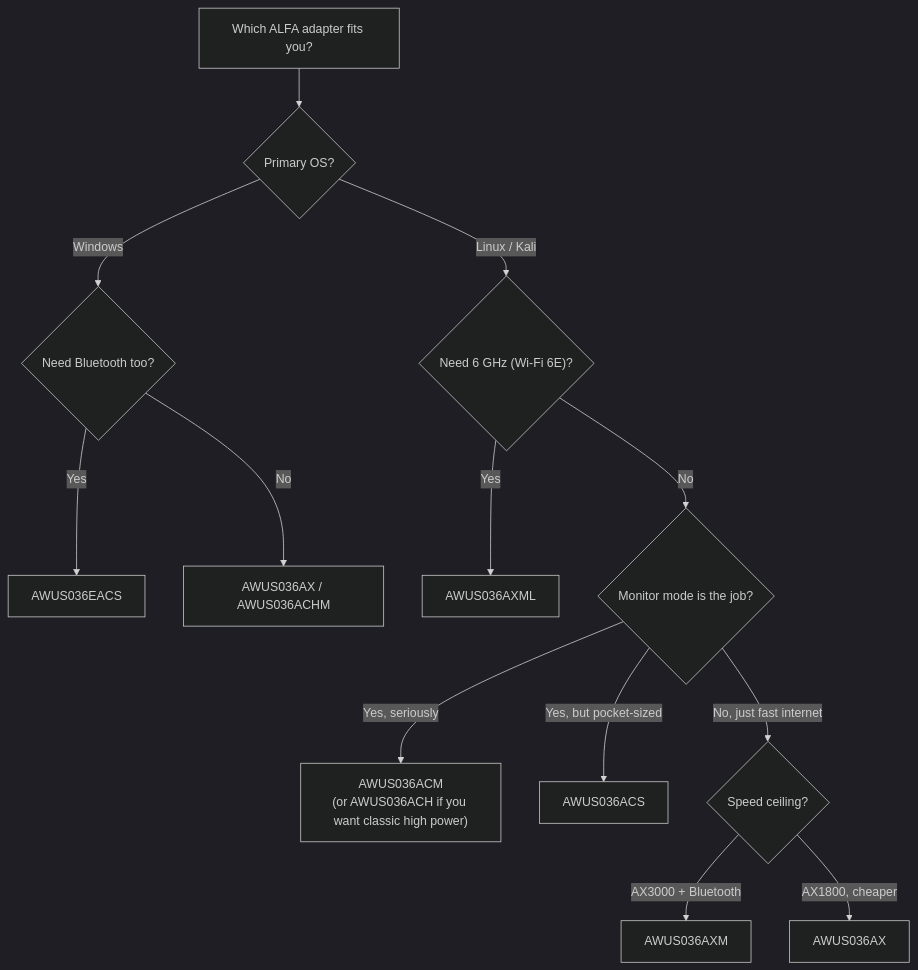
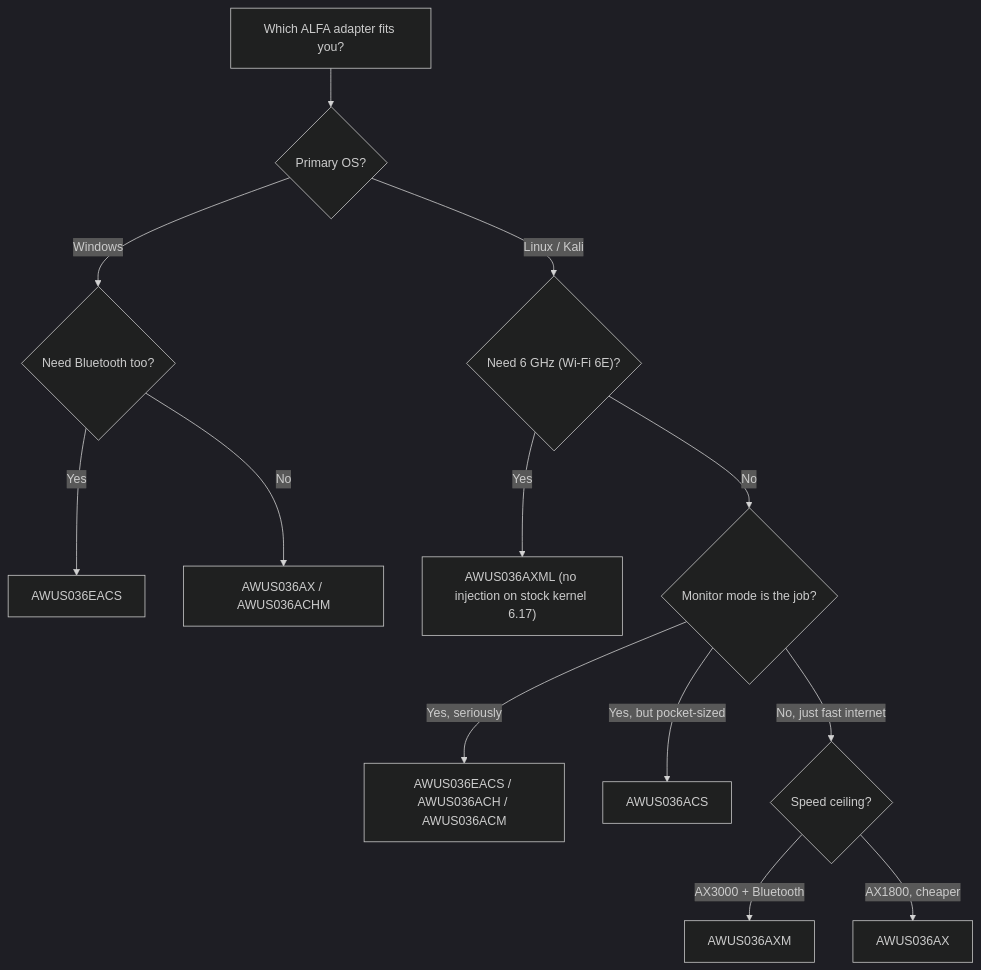
One commit to yopitek/yupitek-wiki changed the diagram in i18n/zh-CN/docusaurus-plugin-content-docs/current/01-alfa-network/wifi-adapter-comparison.md. Above: the diagram before and after it, drawn with Mermaid (dark theme). The commit also changed other lines of this file and 108 other files, not shown here.

````diff
--- a/i18n/zh-CN/docusaurus-plugin-content-docs/current/01-alfa-network/wifi-adapter-comparison.md
+++ b/i18n/zh-CN/docusaurus-plugin-content-docs/current/01-alfa-network/wifi-adapter-comparison.md
@@ -55,15 +58,15 @@
 ```mermaid
 flowchart TD
     A["Which ALFA adapter fits you?"] --> B{"Primary OS?"}
     B -->|"Windows"| C{"Need Bluetooth too?"}
     C -->|"Yes"| D["AWUS036EACS"]
     C -->|"No"| E["AWUS036AX / AWUS036ACHM"]
     B -->|"Linux / Kali"| F{"Need 6 GHz (Wi-Fi 6E)?"}
-    F -->|"Yes"| G["AWUS036AXML"]
+    F -->|"Yes"| G["AWUS036AXML (no injection on stock kernel 6.17)"]
     F -->|"No"| H{"Monitor mode is the job?"}
-    H -->|"Yes, seriously"| I["AWUS036ACM<br/>(or AWUS036ACH if you want classic high power)"]
+    H -->|"Yes, seriously"| I["AWUS036EACS / AWUS036ACH / AWUS036ACM"]
     H -->|"Yes, but pocket-sized"| J["AWUS036ACS"]
     H -->|"No, just fast internet"| K{"Speed ceiling?"}
     K -->|"AX3000 + Bluetooth"| L["AWUS036AXM"]
     K -->|"AX1800, cheaper"| M["AWUS036AX"]
 ```
````
